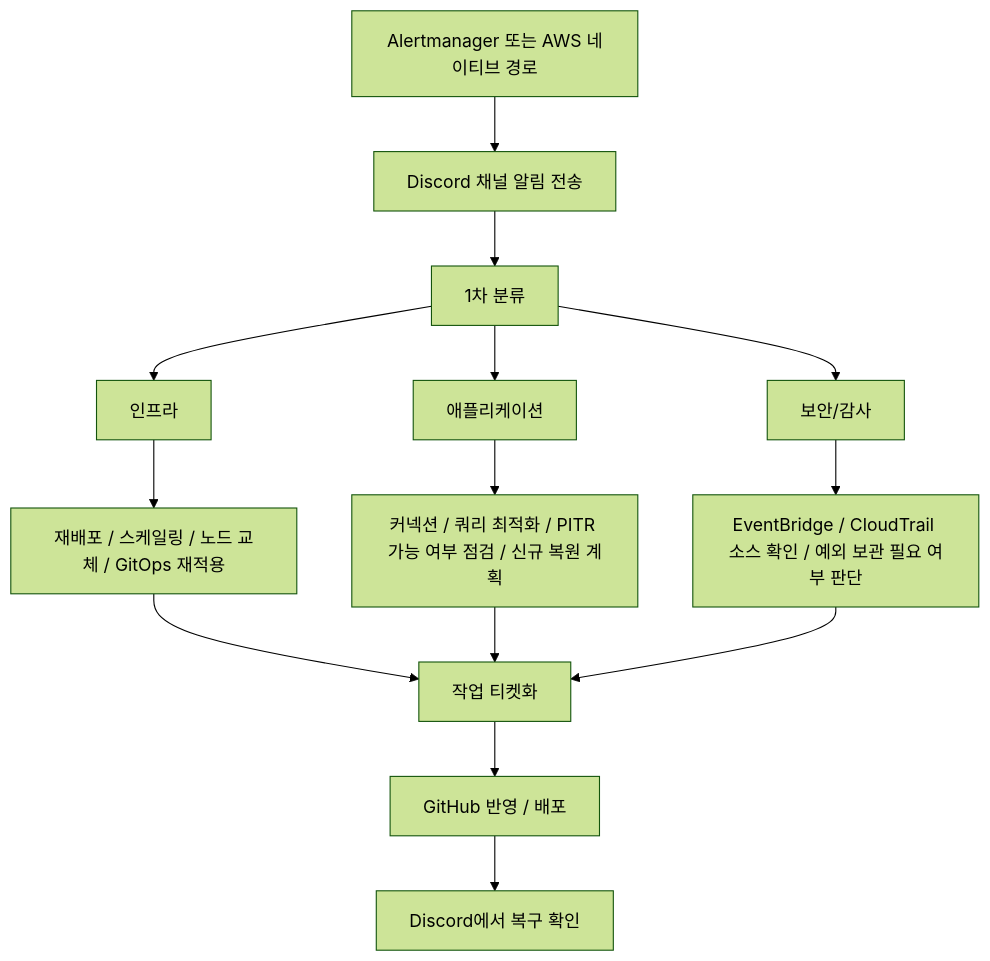
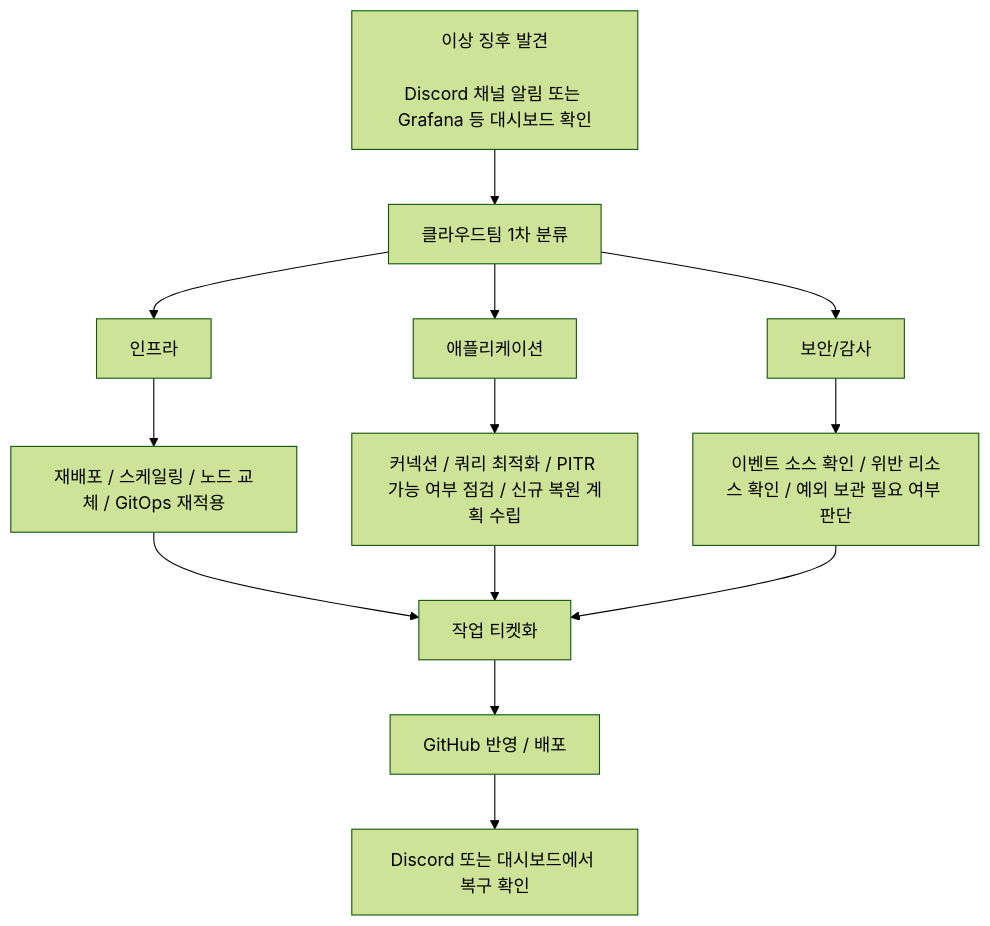
The second of 2 diagrams in docs/content/infrastructure/failover.md (goorm-gongbang/001-finalPR), drawn with Mermaid (forest theme) before and after one commit. The commit also changed other lines of this file and 3 other files, not shown here.

````diff
--- a/docs/content/infrastructure/failover.md
+++ b/docs/content/infrastructure/failover.md
@@ -65,16 +77,18 @@
 ```mermaid
 flowchart TD
-    A["Alertmanager 또는 AWS 네이티브 경로"] --> B["Discord 채널 알림 전송"]
-    B --> C["1차 분류"]
-    C --> D["인프라"]
-    C --> E["애플리케이션"]
-    C --> F["보안/감사"]
-    D --> D1["재배포 / 스케일링 / 노드 교체 / GitOps 재적용"]
-    E --> E1["커넥션 / 쿼리 최적화 / PITR 가능 여부 점검 / 신규 복원 계획"]
-    F --> F1["EventBridge / CloudTrail 소스 확인 / 예외 보관 필요 여부 판단"]
-    D1 --> G["작업 티켓화"]
-    E1 --> G
-    F1 --> G
-    G --> H["GitHub 반영 / 배포"]
-    H --> I["Discord에서 복구 확인"]
+    A["이상 징후 발견<br/><br/>Discord 채널 알림 또는 Grafana 등 대시보드 확인"] --> B["클라우드팀 1차 분류"]
+    B --> C1["인프라"]
+    B --> C2["애플리케이션"]
+    B --> C3["보안/감사"]
+
+    C1 --> D1["재배포 / 스케일링 / 노드 교체 / GitOps 재적용"]
+    C2 --> D2["커넥션 / 쿼리 최적화 / PITR 가능 여부 점검 / 신규 복원 계획 수립"]
+    C3 --> D3["이벤트 소스 확인 / 위반 리소스 확인 / 예외 보관 필요 여부 판단"]
+
+    D1 --> E["작업 티켓화"]
+    D2 --> E
+    D3 --> E
+
+    E --> F["GitHub 반영 / 배포"]
+    F --> G["Discord 또는 대시보드에서 복구 확인"]
 ```
````
